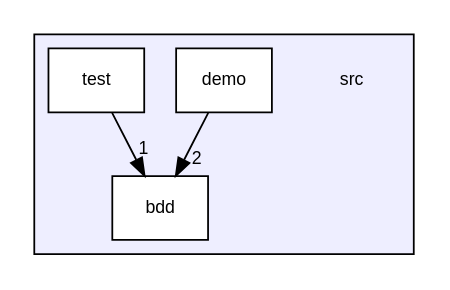
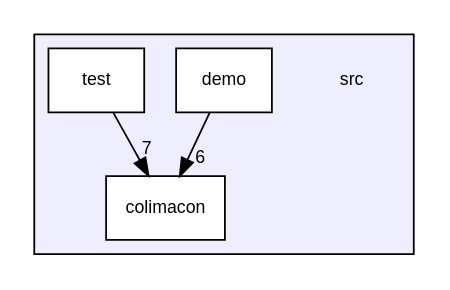
The diagram in tp2/doc/rtf/dir_68267d1309a1af8e8297ef4c3efbcdba_dep.dot (jskd/InfoEmb), drawn with Graphviz before and after one commit. The commit also changed 343 other files, not shown here.

```diff
--- a/tp2/doc/rtf/dir_68267d1309a1af8e8297ef4c3efbcdba_dep.dot
+++ b/tp2/doc/rtf/dir_68267d1309a1af8e8297ef4c3efbcdba_dep.dot
@@ -1,14 +1,14 @@
 digraph "src" {
   compound=true
   node [ fontsize="10", fontname="Helvetica"];
   edge [ labelfontsize="10", labelfontname="Helvetica"];
   subgraph clusterdir_68267d1309a1af8e8297ef4c3efbcdba {
     graph [ bgcolor="#eeeeff", pencolor="black", label="" URL="dir_68267d1309a1af8e8297ef4c3efbcdba.html"];
     dir_68267d1309a1af8e8297ef4c3efbcdba [shape=plaintext label="src"];
-    dir_530584a44dee1d0441044fd655f8cc06 [shape=box label="bdd" color="black" fillcolor="white" style="filled" URL="dir_530584a44dee1d0441044fd655f8cc06.html"];
+    dir_fdc786878ef957db1add170cc6639adf [shape=box label="colimacon" color="black" fillcolor="white" style="filled" URL="dir_fdc786878ef957db1add170cc6639adf.html"];
     dir_ea2db1c5c9ef405bfa9ccf9d4f68ec9b [shape=box label="demo" color="black" fillcolor="white" style="filled" URL="dir_ea2db1c5c9ef405bfa9ccf9d4f68ec9b.html"];
     dir_120ed4da3e3217b1e7fc0b4f48568e79 [shape=box label="test" color="black" fillcolor="white" style="filled" URL="dir_120ed4da3e3217b1e7fc0b4f48568e79.html"];
   }
-  dir_120ed4da3e3217b1e7fc0b4f48568e79->dir_530584a44dee1d0441044fd655f8cc06 [headlabel="1", labeldistance=1.5 headhref="dir_000003_000001.html"];
-  dir_ea2db1c5c9ef405bfa9ccf9d4f68ec9b->dir_530584a44dee1d0441044fd655f8cc06 [headlabel="2", labeldistance=1.5 headhref="dir_000002_000001.html"];
+  dir_120ed4da3e3217b1e7fc0b4f48568e79->dir_fdc786878ef957db1add170cc6639adf [headlabel="7", labeldistance=1.5 headhref="dir_000003_000001.html"];
+  dir_ea2db1c5c9ef405bfa9ccf9d4f68ec9b->dir_fdc786878ef957db1add170cc6639adf [headlabel="6", labeldistance=1.5 headhref="dir_000002_000001.html"];
 }
```
